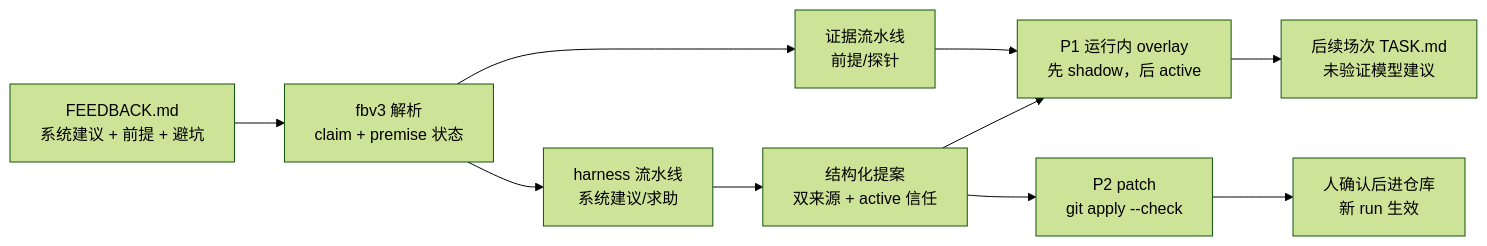
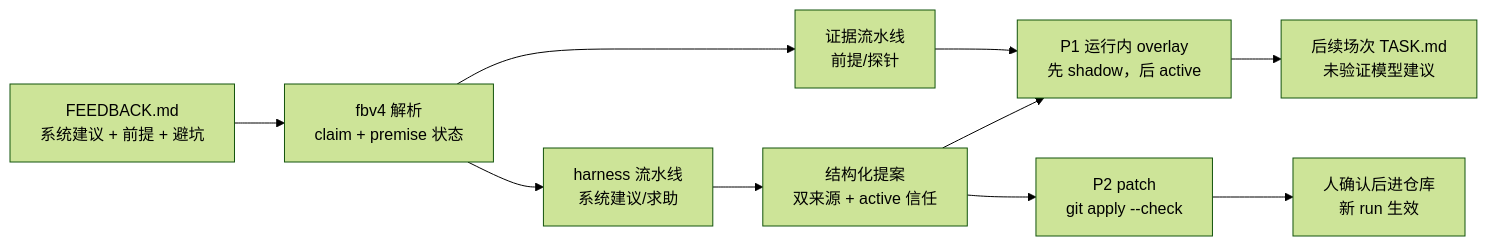
The diagram in docs/代理反馈.md (kuafuwang/ShapeForge), drawn with Mermaid (forest theme) before and after one commit. The commit also changed other lines of this file and 8 other files, not shown here.

First line of the commit message:
Recover wiped feedback premises by digest (fbv4)

````diff
--- a/docs/代理反馈.md
+++ b/docs/代理反馈.md
@@ -9,12 +9,12 @@
 ```mermaid
 flowchart LR
-  F["FEEDBACK.md<br/>系统建议 + 前提 + 避坑"] --> P["fbv3 解析<br/>claim + premise 状态"]
+  F["FEEDBACK.md<br/>系统建议 + 前提 + 避坑"] --> P["fbv4 解析<br/>claim + premise 状态"]
   P --> E["证据流水线<br/>前提/探针"]
   P --> H["harness 流水线<br/>系统建议/求助"]
   E --> O["P1 运行内 overlay<br/>先 shadow，后 active"]
   H --> Q["结构化提案<br/>双来源 + active 信任"]
   Q --> O
   Q --> P2["P2 patch<br/>git apply --check"]
   P2 --> R["人确认后进仓库<br/>新 run 生效"]
   O --> T["后续场次 TASK.md<br/>未验证模型建议"]
 ```
````
